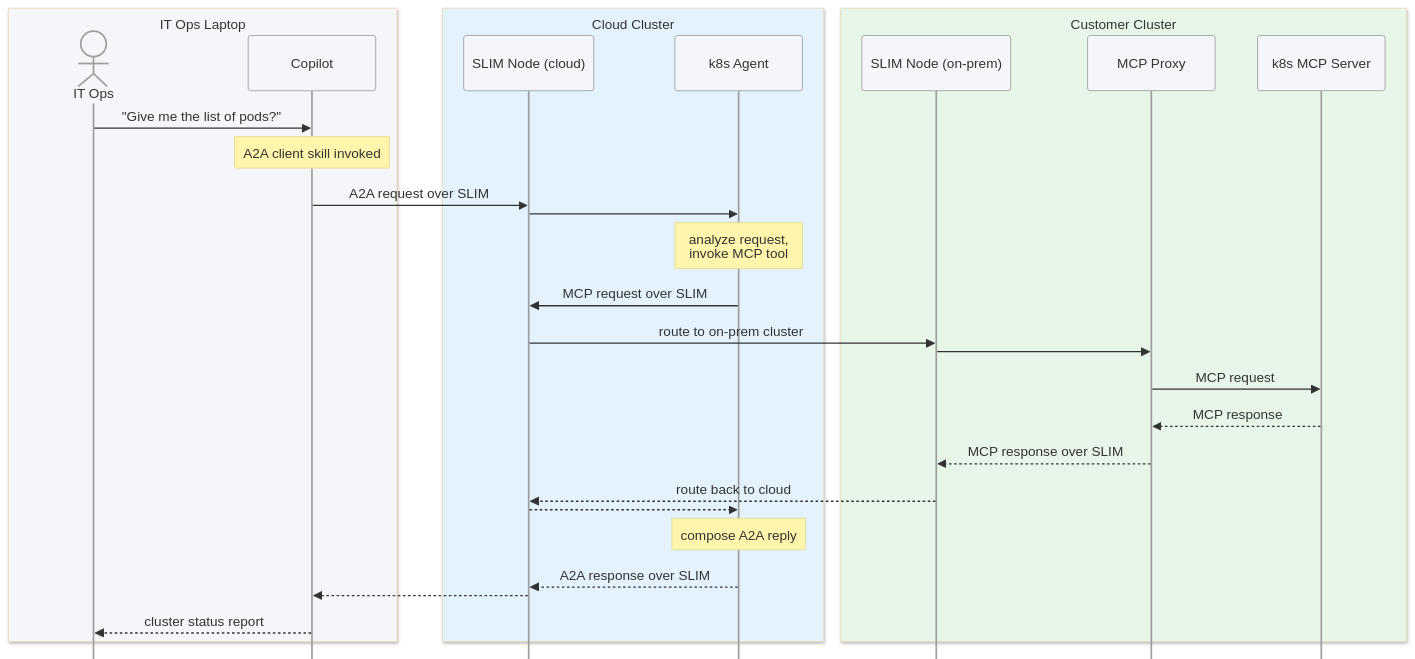
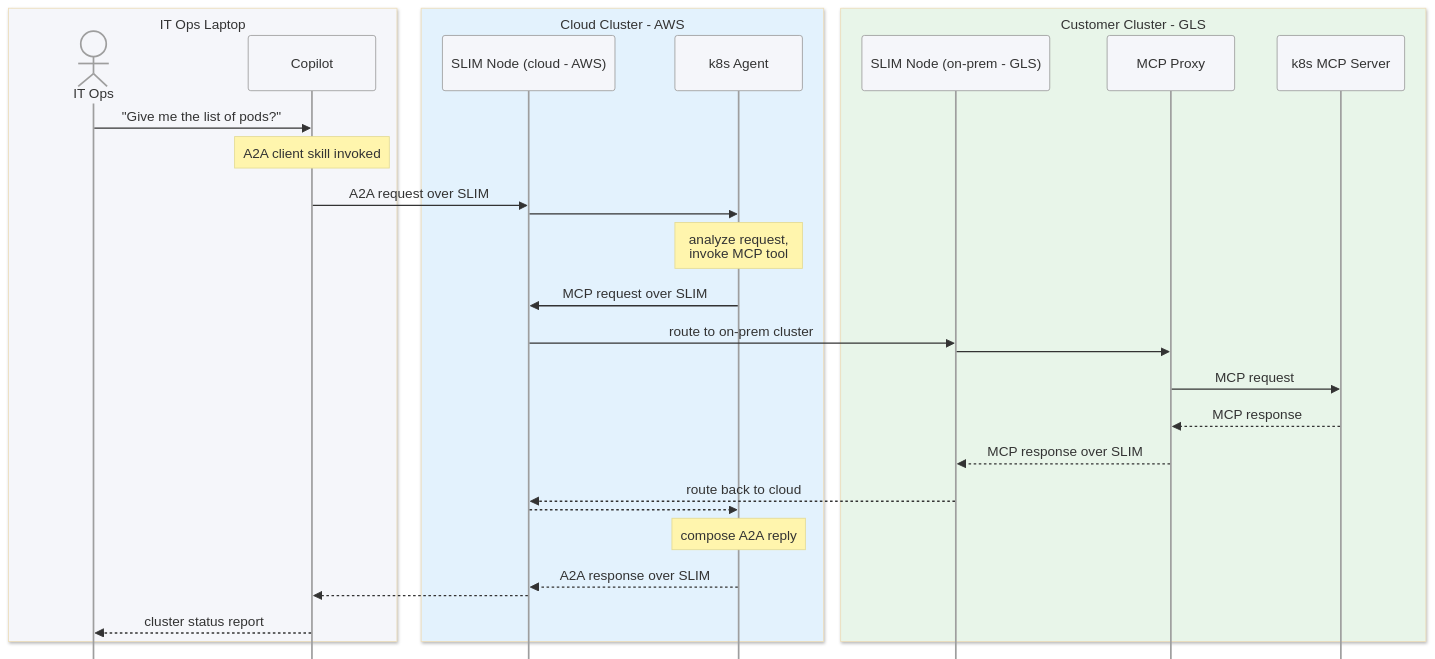
Before and after one commit to agntcy/blogs: the eighth of 9 diagrams in presentations/slim-multicluster-demo/slim-multicluster-demo.md, drawn with Mermaid. The commit also changed other lines of this file, not shown here.

````diff
--- a/presentations/slim-multicluster-demo/slim-multicluster-demo.md
+++ b/presentations/slim-multicluster-demo/slim-multicluster-demo.md
@@ -536,35 +551,35 @@
 ```mermaid
 %%{init: {'theme': 'base', 'sequence': {'mirrorActors': false}, 'themeVariables': {'fontSize': '16px', 'actorBkg': '#F5F6FA', 'actorBorder': '#9E9E9E', 'activationBkgColor': '#E3F2FD', 'signalColor': '#333', 'signalTextColor': '#333'}}}%%
 sequenceDiagram
     box rgb(245,246,250) IT Ops Laptop
         actor Human as IT Ops
         participant Copilot as Copilot
     end
-    box rgb(227,242,253) Cloud Cluster
-        participant SNc as SLIM Node (cloud)
+    box rgb(227,242,253) Cloud Cluster - AWS
+        participant SNc as SLIM Node (cloud - AWS)
         participant Agent as k8s Agent
     end
-    box rgb(232,245,233) Customer Cluster
-        participant SNp as SLIM Node (on-prem)
+    box rgb(232,245,233) Customer Cluster - GLS
+        participant SNp as SLIM Node (on-prem - GLS)
         participant Proxy as MCP Proxy
         participant MCP as k8s MCP Server
     end
 
     Human->>Copilot: "Give me the list of pods?"
     Note over Copilot: A2A client skill invoked
     Copilot->>SNc: A2A request over SLIM
     SNc->>Agent: 
     Note over Agent: analyze request,<br/>invoke MCP tool
     Agent->>SNc: MCP request over SLIM
     SNc->>SNp: route to on-prem cluster
     SNp->>Proxy: 
     Proxy->>MCP: MCP request
     MCP-->>Proxy: MCP response
     Proxy-->>SNp: MCP response over SLIM
     SNp-->>SNc: route back to cloud
     SNc-->>Agent: 
     Note over Agent: compose A2A reply
     Agent-->>SNc: A2A response over SLIM
     SNc-->>Copilot: 
     Copilot-->>Human: cluster status report
 ```
````
